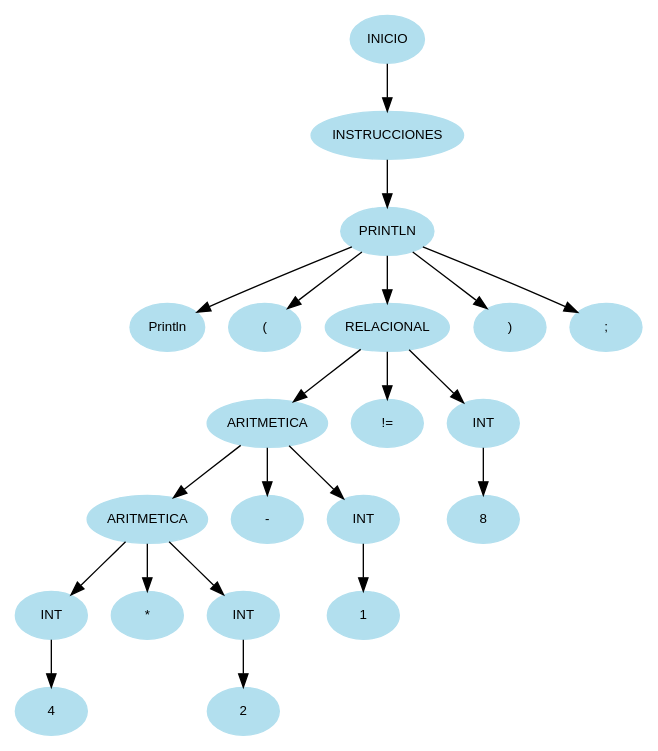
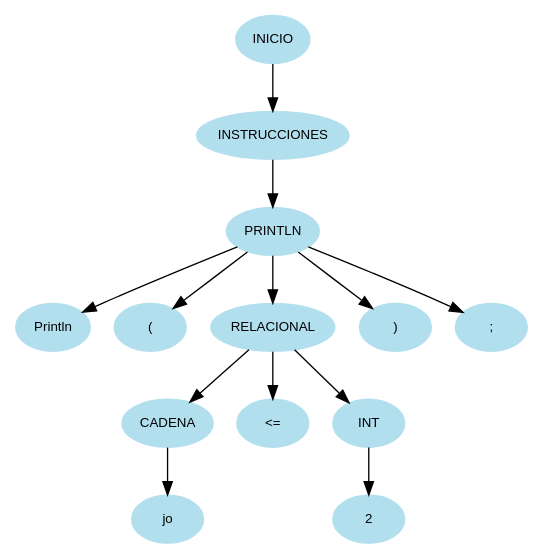
One commit to MMP119/OLC1_JavaCraft changed the diagram in Fase_1/Reports/arbolAST.dot. Above: the diagram before and after it, drawn with Graphviz. The commit also changed 14 other files, not shown here.

```diff
--- a/Fase_1/Reports/arbolAST.dot
+++ b/Fase_1/Reports/arbolAST.dot
@@ -1,45 +1,29 @@
 digraph arbolAST{
 node [shape=oval, style=filled, color=lightblue2, fontname=Helvetica, fontsize=10];
 edge [fontname=Helvetica, fontsize=10];
 n0[label="INICIO"];
 n1[label="INSTRUCCIONES"];
 n0 -> n1;
 n2[label="PRINTLN"];
 n1 -> n2;
 n3[label="Println"];
 n2 -> n3;
 n4[label="("];
 n2 -> n4;
 n5[label="RELACIONAL"];
 n2 -> n5;
-n6[label="ARITMETICA"];
+n6[label="CADENA"];
 n5 -> n6;
-n7[label="ARITMETICA"];
+n7[label="jo"];
 n6 -> n7;
-n8[label="INT"];
-n7 -> n8;
-n9[label="4"];
-n8 -> n9;
-n10[label="*"];
-n7 -> n10;
-n11[label="INT"];
-n7 -> n11;
-n12[label="2"];
-n11 -> n12;
-n13[label="-"];
-n6 -> n13;
-n14[label="INT"];
-n6 -> n14;
-n15[label="1"];
-n14 -> n15;
-n16[label="!="];
-n5 -> n16;
-n17[label="INT"];
-n5 -> n17;
-n18[label="8"];
-n17 -> n18;
-n19[label=")"];
-n2 -> n19;
-n20[label=";"];
-n2 -> n20;
+n8[label="<="];
+n5 -> n8;
+n9[label="INT"];
+n5 -> n9;
+n10[label="2"];
+n9 -> n10;
+n11[label=")"];
+n2 -> n11;
+n12[label=";"];
+n2 -> n12;
 }
```
